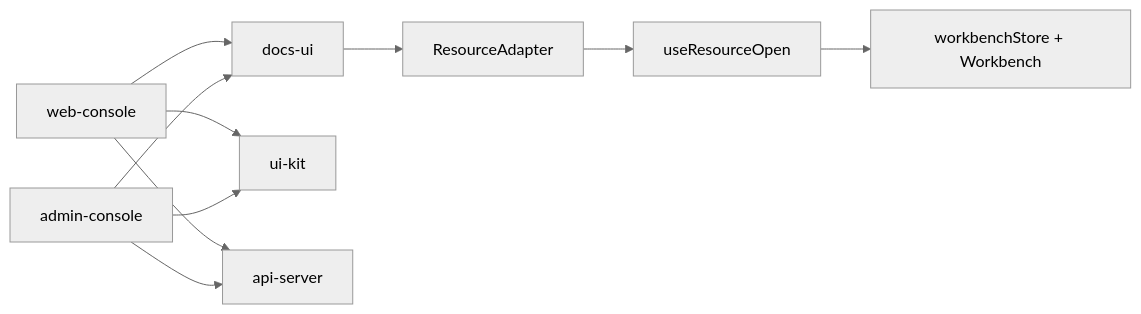
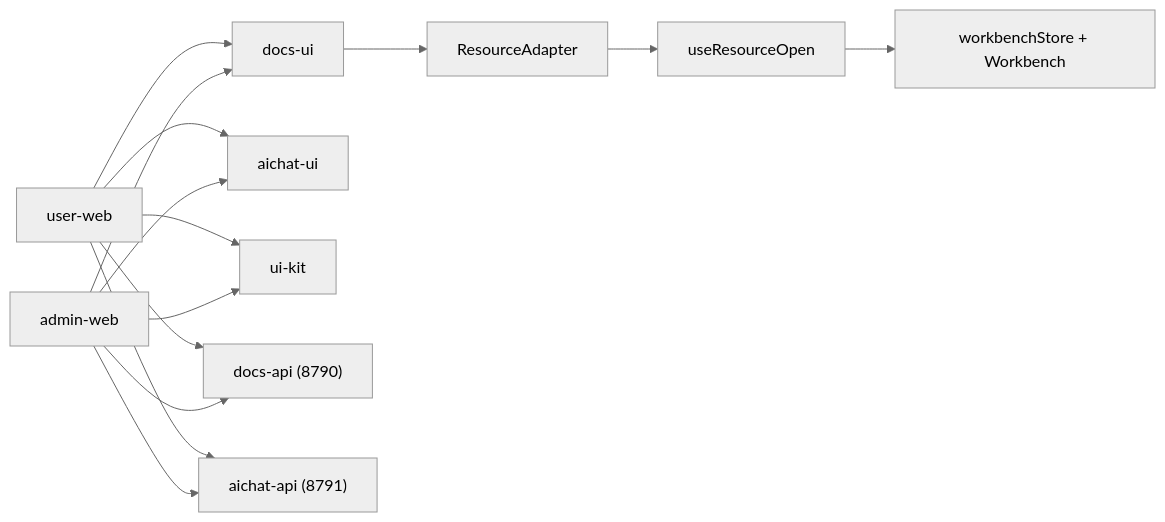
The first of 6 diagrams in docs/apps-techniques.md (0mao0/AnGIneer), drawn with Mermaid (neutral theme) before and after one commit. The commit also changed other lines of this file and 6 other files, not shown here.

Commit message:
docs: align historical docs with docs-api/aichat-api split

````diff
--- a/docs/apps-techniques.md
+++ b/docs/apps-techniques.md
@@ -89,21 +89,27 @@
 ```mermaid
 flowchart LR
-  Web["web-console"]
-  Admin["admin-console"]
+  Web["user-web"]
+  Admin["admin-web"]
   DocsUI["docs-ui"]
+  AIChatUI["aichat-ui"]
   UIKit["ui-kit"]
   Adapter["ResourceAdapter"]
   Open["useResourceOpen"]
   Workbench["workbenchStore + Workbench"]
-  Api["api-server"]
+  DocsApi["docs-api (8790)"]
+  AichatApi["aichat-api (8791)"]
 
   Web --> DocsUI
   Admin --> DocsUI
   Web --> UIKit
   Admin --> UIKit
+  Web --> AIChatUI
+  Admin --> AIChatUI
   DocsUI --> Adapter
   Adapter --> Open
   Open --> Workbench
-  Web --> Api
-  Admin --> Api
+  Web --> DocsApi
+  Web --> AichatApi
+  Admin --> DocsApi
+  Admin --> AichatApi
 ```
````
